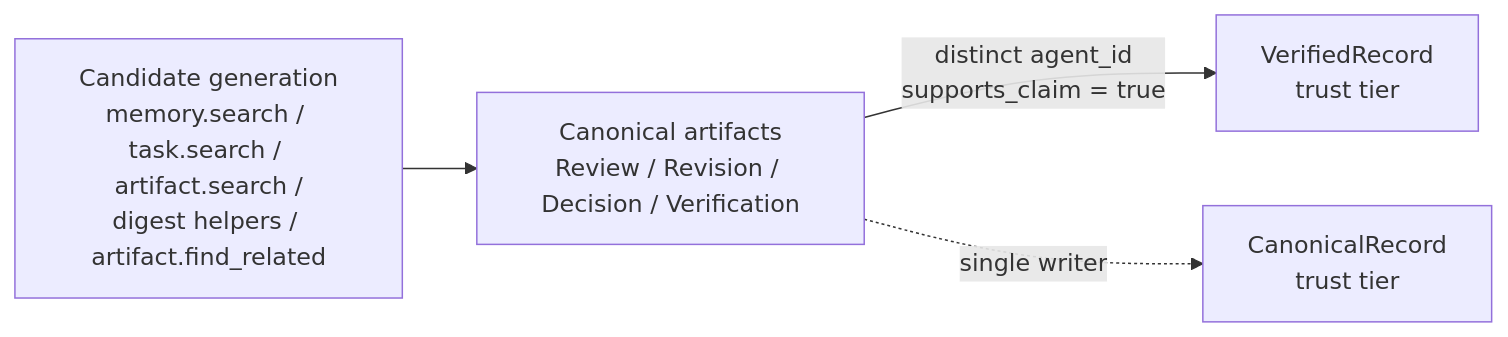
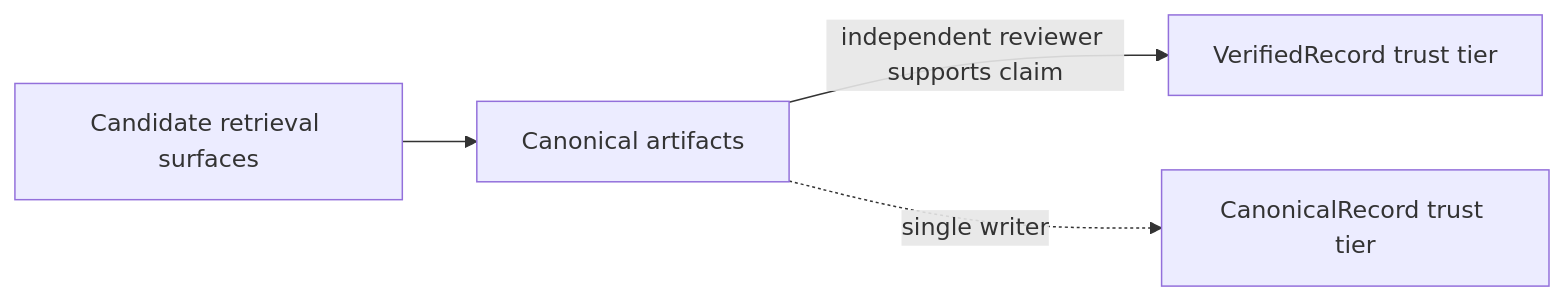
Before and after one commit to fmschulz/memd: the second of 3 diagrams in README.md, drawn with Mermaid. The commit also changed other lines of this file and 69 other files, not shown here.

````diff
--- a/README.md
+++ b/README.md
@@ -280,6 +311,6 @@
 ```mermaid
 flowchart LR
-  S[Candidate generation<br/>memory.search / task.search / artifact.search /<br/>digest helpers / artifact.find_related] --> R[Canonical artifacts<br/>Review / Revision / Decision / Verification]
-  R -->|distinct agent_id<br/>supports_claim = true| V[VerifiedRecord<br/>trust tier]
-  R -.single writer.-> C[CanonicalRecord<br/>trust tier]
+  candidates["Candidate retrieval surfaces"] --> artifacts["Canonical artifacts"]
+  artifacts -->|independent reviewer supports claim| verified["VerifiedRecord trust tier"]
+  artifacts -.single writer.-> canonical["CanonicalRecord trust tier"]
 ```
````
